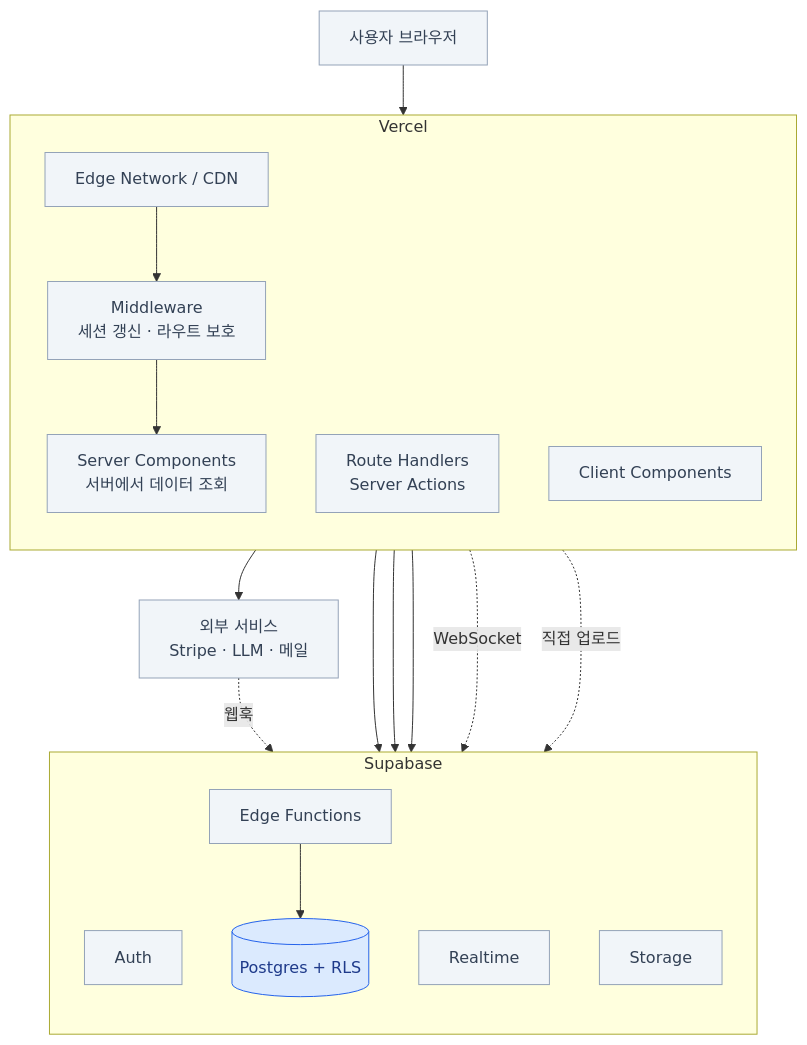
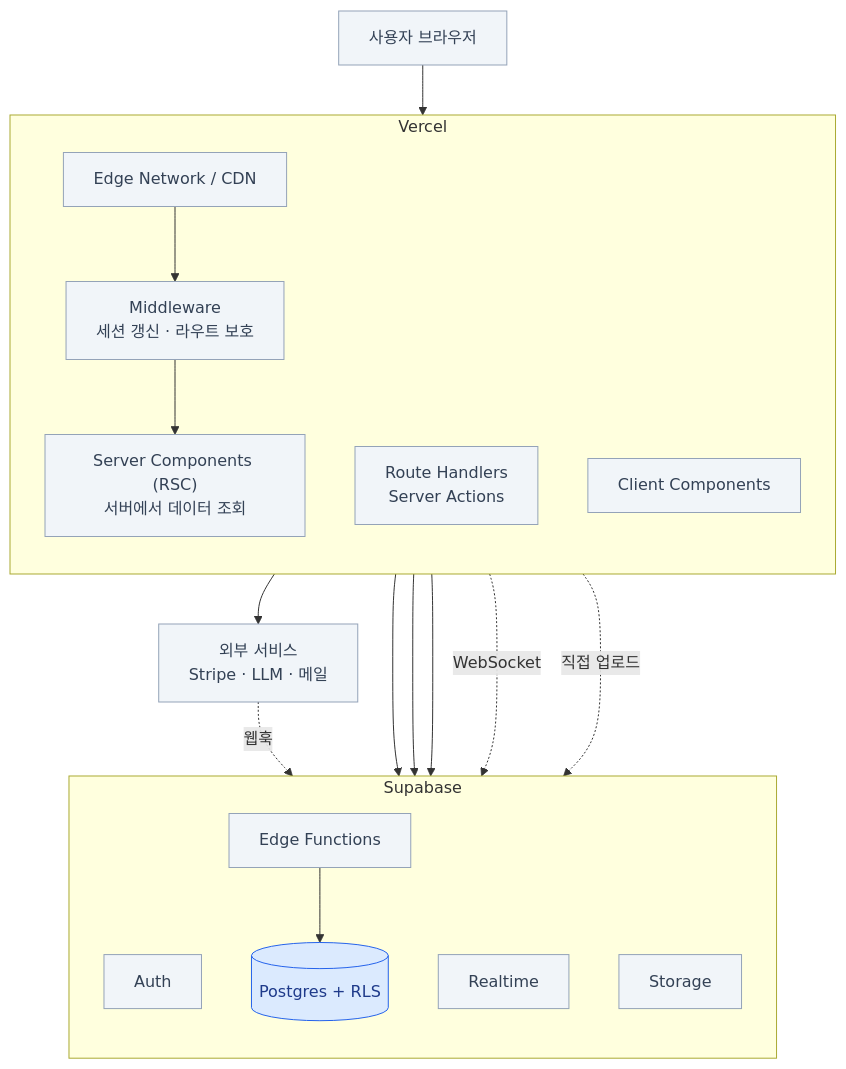
Before and after one commit to mechurak/study-starlight: the first of 5 diagrams in src/content/docs/supabase/12-vercel.mdx, drawn with Mermaid. The commit also changed other lines of this file and 14 other files, not shown here.

````diff
--- a/src/content/docs/supabase/12-vercel.mdx
+++ b/src/content/docs/supabase/12-vercel.mdx
@@ -81,38 +85,38 @@
 ```mermaid
 flowchart TB
     U["사용자 브라우저"]
 
     subgraph V["Vercel"]
       direction TB
       CDN["Edge Network / CDN"]
       MW["Middleware<br/>세션 갱신 · 라우트 보호"]
-      RSC["Server Components<br/>서버에서 데이터 조회"]
+      RSC["Server Components (RSC)<br/>서버에서 데이터 조회"]
       RH["Route Handlers<br/>Server Actions"]
       CC["Client Components"]
     end
 
     subgraph S["Supabase"]
       direction TB
       AU["Auth"]
       PG[("Postgres + RLS")]
       RT["Realtime"]
       ST["Storage"]
       EF["Edge Functions"]
     end
 
     EXT["외부 서비스<br/>Stripe · LLM · 메일"]
 
     U --> CDN --> MW
     MW --> RSC --> PG
     MW --> AU
     RH --> PG
     RH --> EXT
     CC -.->|"WebSocket"| RT
     CC -.->|"직접 업로드"| ST
     EXT -.->|"웹훅"| EF --> PG
 
     classDef key  fill:#dbeafe,stroke:#2563eb,color:#1e3a8a
     classDef mute fill:#f1f5f9,stroke:#94a3b8,color:#334155
     class PG key
     class U,CDN,MW,RSC,RH,CC,AU,RT,ST,EF,EXT mute
 ```
````
